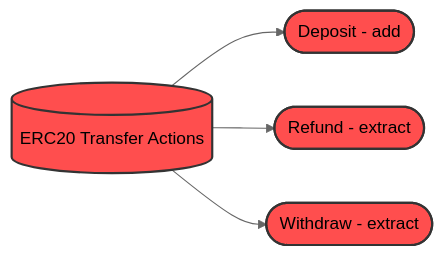
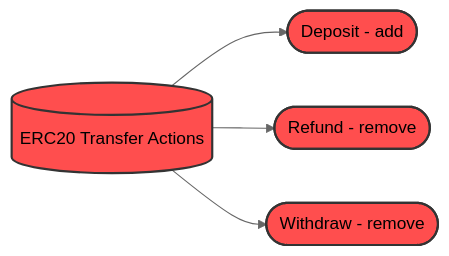
One commit to sablier-labs/flow changed the fourth of 8 diagrams in DIAGRAMS.md. Above: the diagram before and after it, drawn with Mermaid (neutral theme). The commit also changed other lines of this file and 2 other files, not shown here.

First line of the commit message:
docs(diagrams): update diagrams with voided status   (#274)

````diff
--- a/DIAGRAMS.md
+++ b/DIAGRAMS.md
@@ -155,13 +168,13 @@
 ```mermaid
 flowchart LR
     erc_transfers[(ERC20 Transfer Actions)]:::red
     dep([Deposit - add]):::red
-    ref([Refund - extract]):::red
-    wtd([Withdraw - extract]):::red
+    ref([Refund - remove]):::red
+    wtd([Withdraw - remove]):::red
 
     erc_transfers --> dep
     erc_transfers --> ref
     erc_transfers --> wtd
 
     classDef red fill:#ff4e4e,stroke:#333,stroke-width:2px;
 ```
````
